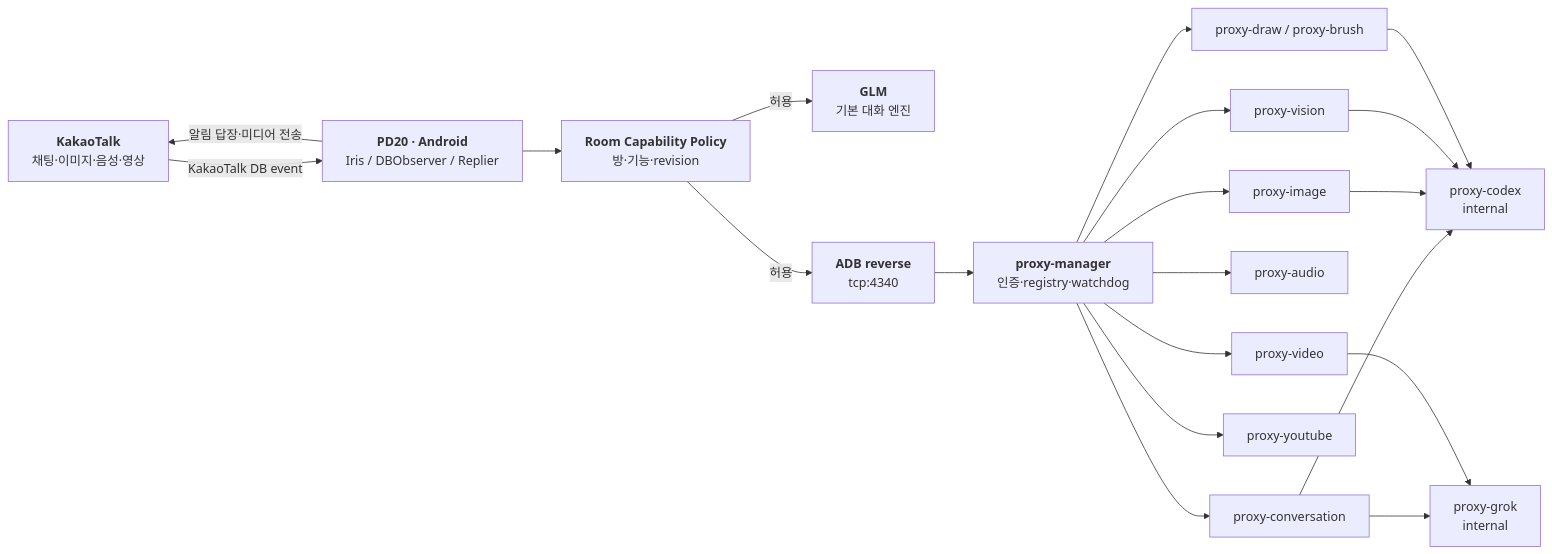
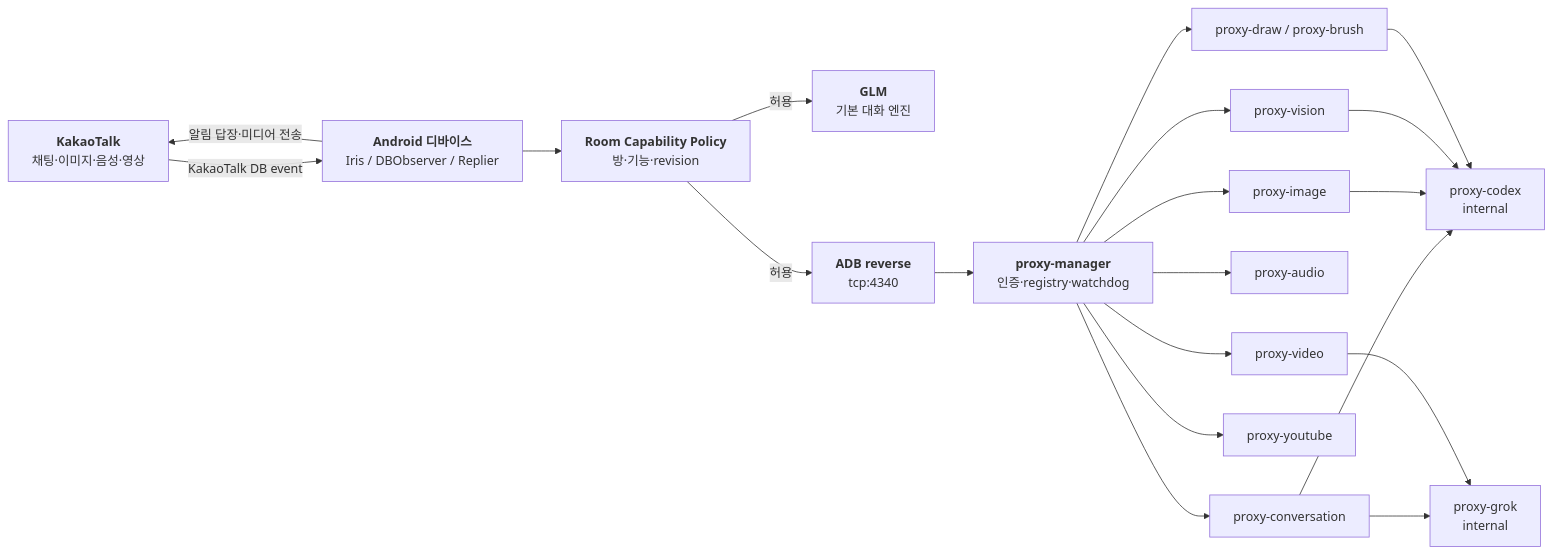
One commit to coreline-ai/kakao-heybot-auto changed the diagram in README.md. Above: the diagram before and after it, drawn with Mermaid. The commit also changed other lines of this file, not shown here.

Commit message:
docs: generalize Android device references

````diff
--- a/README.md
+++ b/README.md
@@ -108,39 +108,39 @@
 ```mermaid
 flowchart LR
     K["<b>KakaoTalk</b><br/>채팅·이미지·음성·영상"]
-    D["<b>PD20 · Android</b><br/>Iris / DBObserver / Replier"]
+    D["<b>Android 디바이스</b><br/>Iris / DBObserver / Replier"]
     P["<b>Room Capability Policy</b><br/>방·기능·revision"]
     G["<b>GLM</b><br/>기본 대화 엔진"]
     A["<b>ADB reverse</b><br/>tcp:4340"]
     M["<b>proxy-manager</b><br/>인증·registry·watchdog"]
 
     C["proxy-conversation"]
     I["proxy-image"]
     V["proxy-vision"]
     AU["proxy-audio"]
     VD["proxy-video"]
     Y["proxy-youtube"]
     DR["proxy-draw / proxy-brush"]
     CX["proxy-codex<br/>internal"]
     GX["proxy-grok<br/>internal"]
 
     K -->|"KakaoTalk DB event"| D
     D --> P
     P -->|"허용"| G
     P -->|"허용"| A --> M
     D -->|"알림 답장·미디어 전송"| K
 
     M --> C
     M --> I
     M --> V
     M --> AU
     M --> VD
     M --> Y
     M --> DR
     C --> CX
     C --> GX
     I --> CX
     V --> CX
     VD --> GX
     DR --> CX
 ```
````
